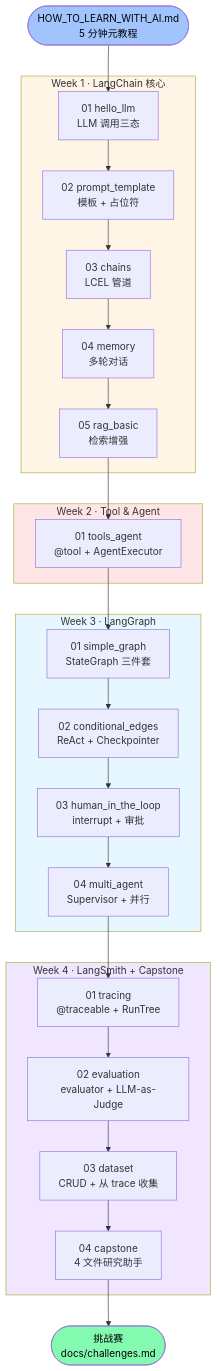
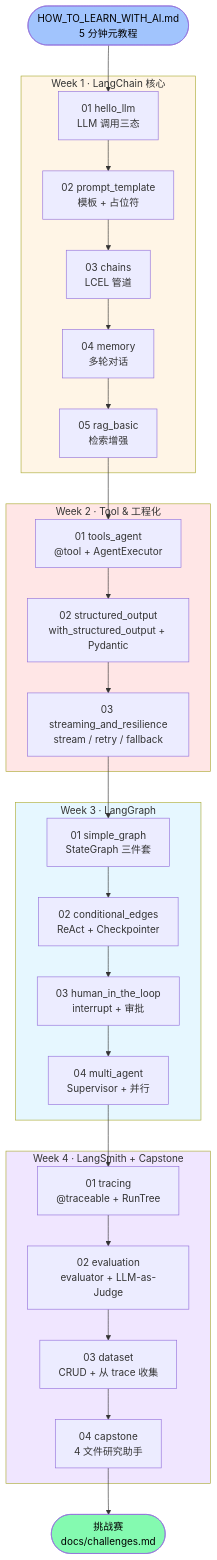
Before and after one commit to estelledc/langchain-langgraph-langsmith-tutorial: the diagram in tutorial/README.md, drawn with Mermaid. The commit also changed other lines of this file and 2 other files, not shown here.

Commit message:
chore: 同步 week-2 从 1 篇到 3 篇的交叉引用
- tutorial/README.md：状态 1/1 → 3/3、mermaid 图加 W2_02/W2_03、前置依赖表加新两篇
- README.md（首页）：学习路线表 week-2 状态同步
- week-2/01_tools_agent.md：通往下一站从 week-3/01 改成 02_structured_output

````diff
--- a/tutorial/README.md
+++ b/tutorial/README.md
@@ -24,45 +24,49 @@
 ```mermaid
 flowchart TD
     Start([HOW_TO_LEARN_WITH_AI.md<br/>5 分钟元教程]) --> W1_01
 
     subgraph W1[Week 1 · LangChain 核心]
         W1_01[01 hello_llm<br/>LLM 调用三态]
         W1_02[02 prompt_template<br/>模板 + 占位符]
         W1_03[03 chains<br/>LCEL 管道]
         W1_04[04 memory<br/>多轮对话]
         W1_05[05 rag_basic<br/>检索增强]
         W1_01 --> W1_02 --> W1_03 --> W1_04 --> W1_05
     end
 
-    subgraph W2[Week 2 · Tool & Agent]
+    subgraph W2[Week 2 · Tool & 工程化]
         W2_01[01 tools_agent<br/>@tool + AgentExecutor]
+        W2_02[02 structured_output<br/>with_structured_output + Pydantic]
+        W2_03[03 streaming_and_resilience<br/>stream / retry / fallback]
+        W2_01 --> W2_02 --> W2_03
     end
 
     subgraph W3[Week 3 · LangGraph]
         W3_01[01 simple_graph<br/>StateGraph 三件套]
         W3_02[02 conditional_edges<br/>ReAct + Checkpointer]
         W3_03[03 human_in_the_loop<br/>interrupt + 审批]
         W3_04[04 multi_agent<br/>Supervisor + 并行]
         W3_01 --> W3_02 --> W3_03 --> W3_04
     end
 
     subgraph W4[Week 4 · LangSmith + Capstone]
         W4_01[01 tracing<br/>@traceable + RunTree]
         W4_02[02 evaluation<br/>evaluator + LLM-as-Judge]
         W4_03[03 dataset<br/>CRUD + 从 trace 收集]
         W4_04[04 capstone<br/>4 文件研究助手]
         W4_01 --> W4_02 --> W4_03 --> W4_04
     end
 
-    W1_05 --> W2_01 --> W3_01
+    W1_05 --> W2_01
+    W2_03 --> W3_01
     W3_04 --> W4_01
 
     W4_04 --> Done([挑战赛<br/>docs/challenges.md])
 
     style Start fill:#a1c4fd,color:#000
     style Done fill:#84fab0,color:#000
     style W1 fill:#fff5e6
     style W2 fill:#ffe6e6
     style W3 fill:#e6f7ff
     style W4 fill:#f0e6ff
 ```
````
